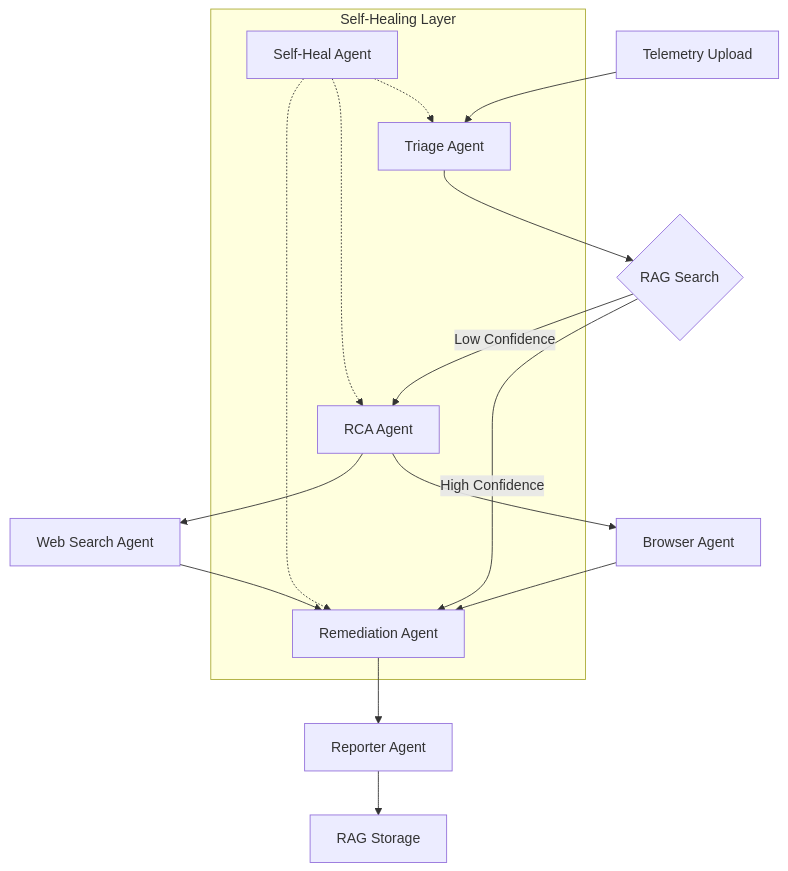
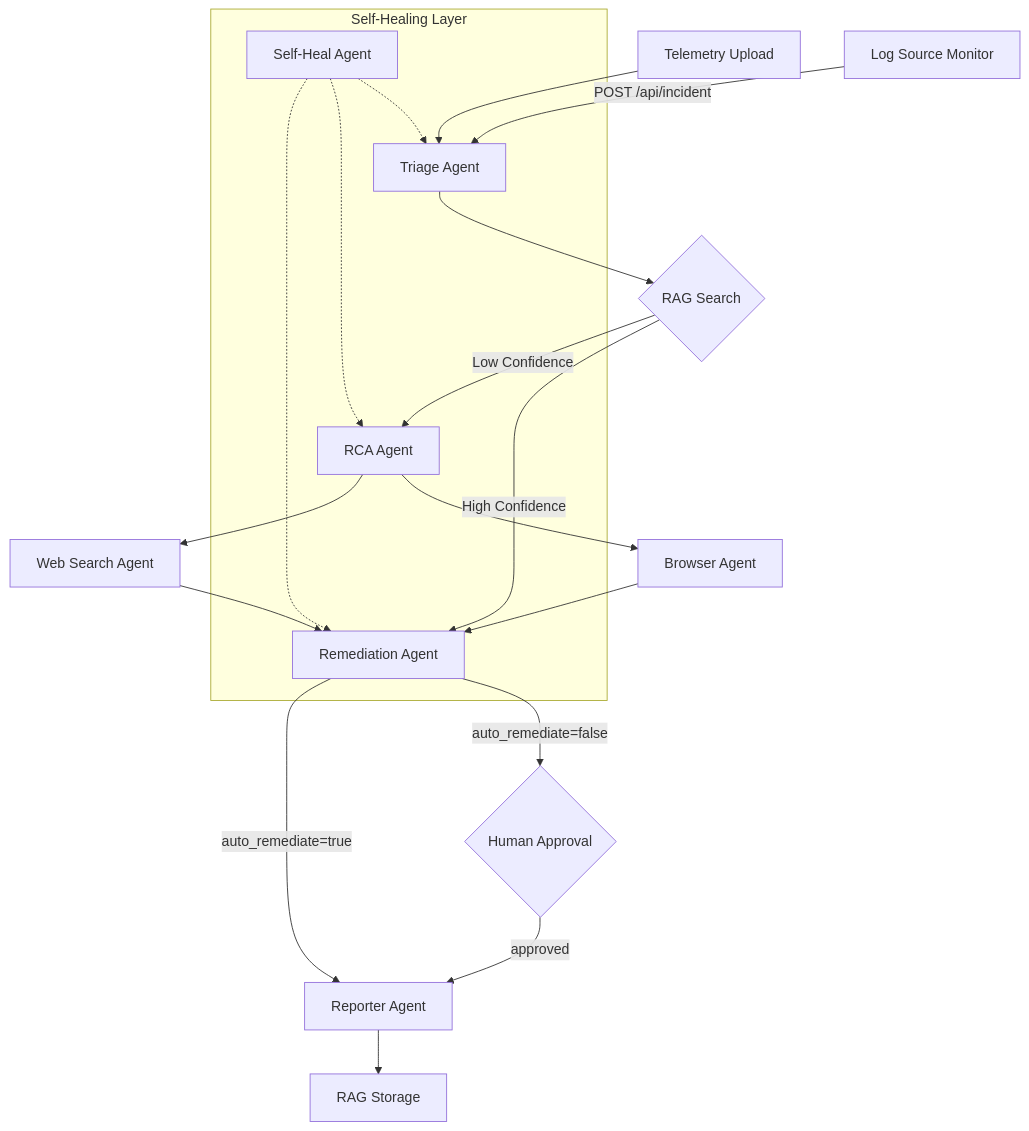
One commit to ashishranade89/AegisOps changed the diagram in WORKFLOW.md. Above: the diagram before and after it, drawn with Mermaid. The commit also changed other lines of this file and 4 other files, not shown here.

First line of the commit message:
docs: update all documentation to cover log source monitors

````diff
--- a/WORKFLOW.md
+++ b/WORKFLOW.md
@@ -115,19 +149,22 @@
 ```mermaid
 graph TD
     A[Telemetry Upload] --> B[Triage Agent]
+    M[Log Source Monitor] -->|POST /api/incident| B
     B --> C{RAG Search}
     C -- High Confidence --> G[Remediation Agent]
     C -- Low Confidence --> D[RCA Agent]
     D --> E[Browser Agent]
     D --> F[Web Search Agent]
     E --> G
     F --> G
-    G --> H[Reporter Agent]
+    G -- auto_remediate=false --> P{Human Approval}
+    G -- auto_remediate=true --> H[Reporter Agent]
+    P -- approved --> H
     H --> I[RAG Storage]
     
     subgraph "Self-Healing Layer"
     J[Self-Heal Agent] -.-> B
     J -.-> D
     J -.-> G
     end
 ```
````
